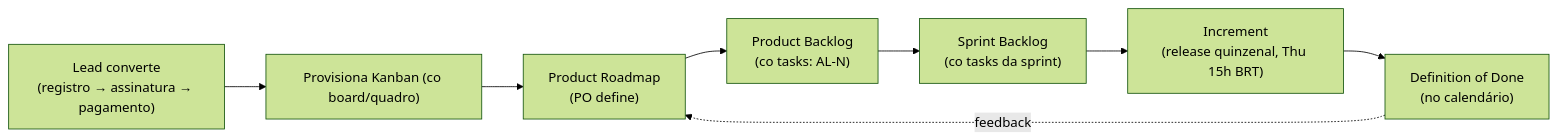
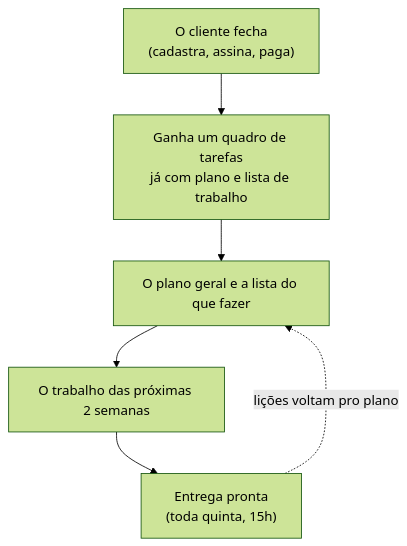
Before and after one commit to artelonga/ArteLonga: the first of 3 diagrams in docs/scrum-retrospective.pt.md, drawn with Mermaid (forest theme). The commit also changed other lines of this file and 43 other files, not shown here.

First line of the commit message:
feat(docs): diagramas simples e legíveis (sem jargão) em todas as docs (#89)

````diff
--- a/docs/scrum-retrospective.pt.md
+++ b/docs/scrum-retrospective.pt.md
@@ -26,10 +26,8 @@
 ```mermaid
-flowchart LR
-  L["Lead converte<br/>(registro → assinatura → pagamento)"] --> PROV["Provisiona Kanban (co board/quadro)"]
-  PROV --> RM["Product Roadmap<br/>(PO define)"]
-  RM --> PB["Product Backlog<br/>(co tasks: AL-N)"]
-  PB --> SB["Sprint Backlog<br/>(co tasks da sprint)"]
-  SB --> INC["Increment<br/>(release quinzenal, Thu 15h BRT)"]
-  INC --> DoD["Definition of Done<br/>(no calendário)"]
-  DoD -.feedback.-> RM
+flowchart TB
+  L["O cliente fecha<br/>(cadastra, assina, paga)"] --> PROV["Ganha um quadro de tarefas<br/>já com plano e lista de trabalho"]
+  PROV --> PLAN["O plano geral e a lista do que fazer"]
+  PLAN --> SPRINT["O trabalho das próximas 2 semanas"]
+  SPRINT --> ENTREGA["Entrega pronta<br/>(toda quinta, 15h)"]
+  ENTREGA -. "lições voltam pro plano" .-> PLAN
 ```
````
